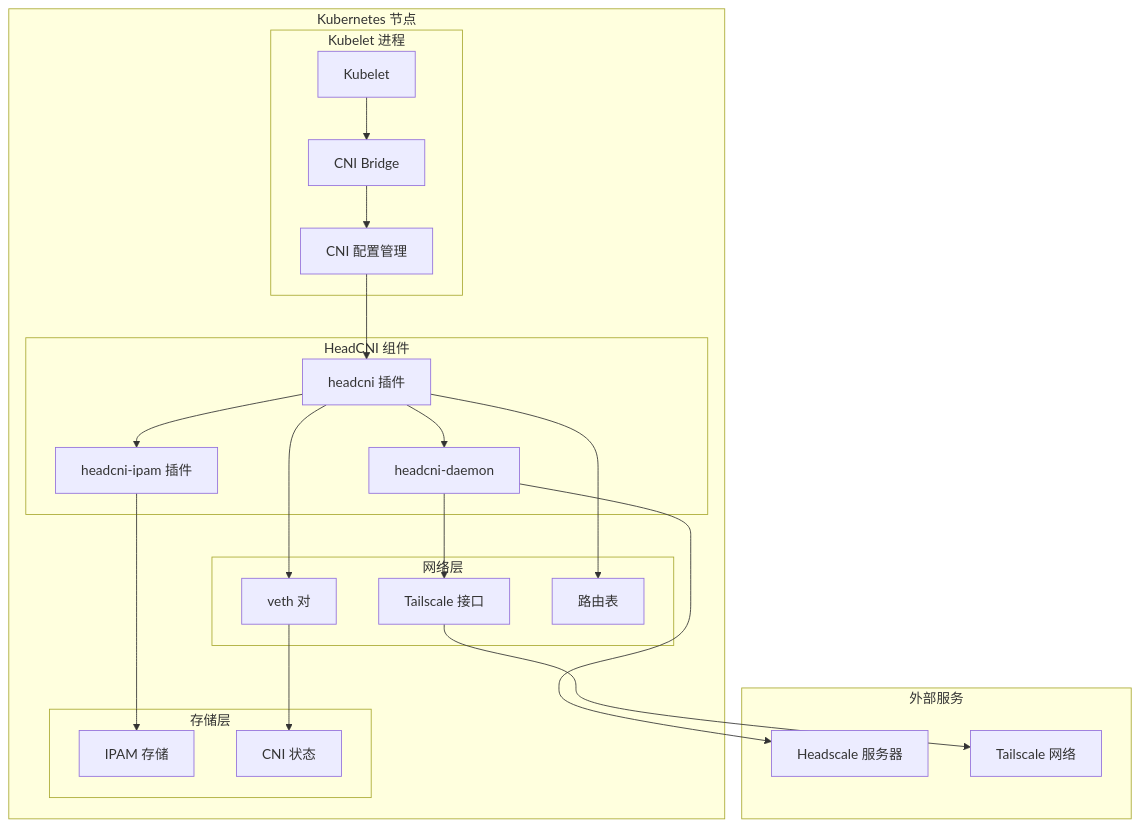
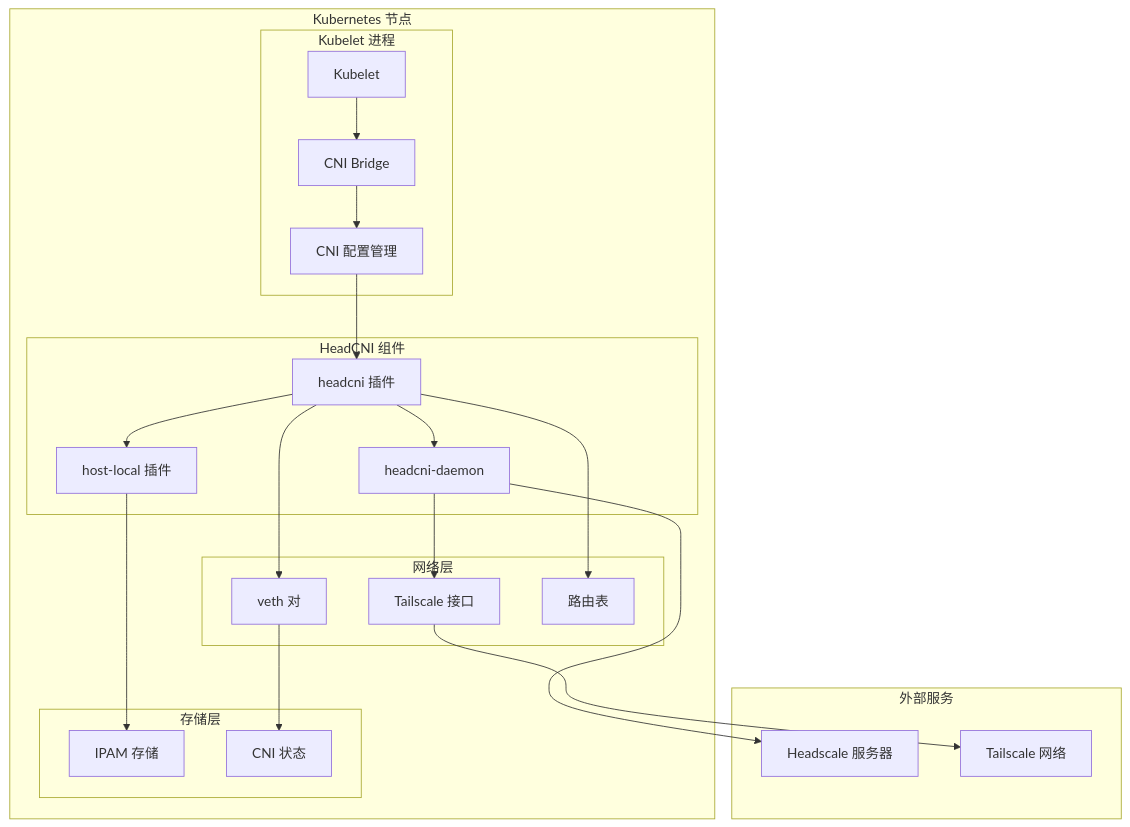
One commit to binrclab/headcni changed the second of 6 diagrams in docs/kubelet-cni-architecture.md. Above: the diagram before and after it, drawn with Mermaid. The commit also changed 29 other files, not shown here.

Commit message:
feat: enhance HeadCNI use deafult host-local ipam

````diff
--- a/docs/kubelet-cni-architecture.md
+++ b/docs/kubelet-cni-architecture.md
@@ -50,45 +50,45 @@
 ```mermaid
 graph TB
     subgraph "Kubernetes 节点"
         subgraph "Kubelet 进程"
             Kubelet[Kubelet]
             CNI_Bridge[CNI Bridge]
             CNI_Config[CNI 配置管理]
         end
         
         subgraph "HeadCNI 组件"
             CNI_Plugin[headcni 插件]
-            IPAM_Plugin[headcni-ipam 插件]
+            IPAM_Plugin[host-local 插件]
             Daemon[headcni-daemon]
         end
         
         subgraph "网络层"
             Veth_Pair[veth 对]
             Tailscale_Interface[Tailscale 接口]
             Routing[路由表]
         end
         
         subgraph "存储层"
             IPAM_Store[IPAM 存储]
             CNI_State[CNI 状态]
         end
     end
     
     subgraph "外部服务"
         Headscale[Headscale 服务器]
         Tailscale_Network[Tailscale 网络]
     end
     
     Kubelet --> CNI_Bridge
     CNI_Bridge --> CNI_Config
     CNI_Config --> CNI_Plugin
     CNI_Plugin --> IPAM_Plugin
     CNI_Plugin --> Daemon
     CNI_Plugin --> Veth_Pair
     CNI_Plugin --> Routing
     IPAM_Plugin --> IPAM_Store
     Daemon --> Headscale
     Daemon --> Tailscale_Interface
     Tailscale_Interface --> Tailscale_Network
     Veth_Pair --> CNI_State
 ```
````
